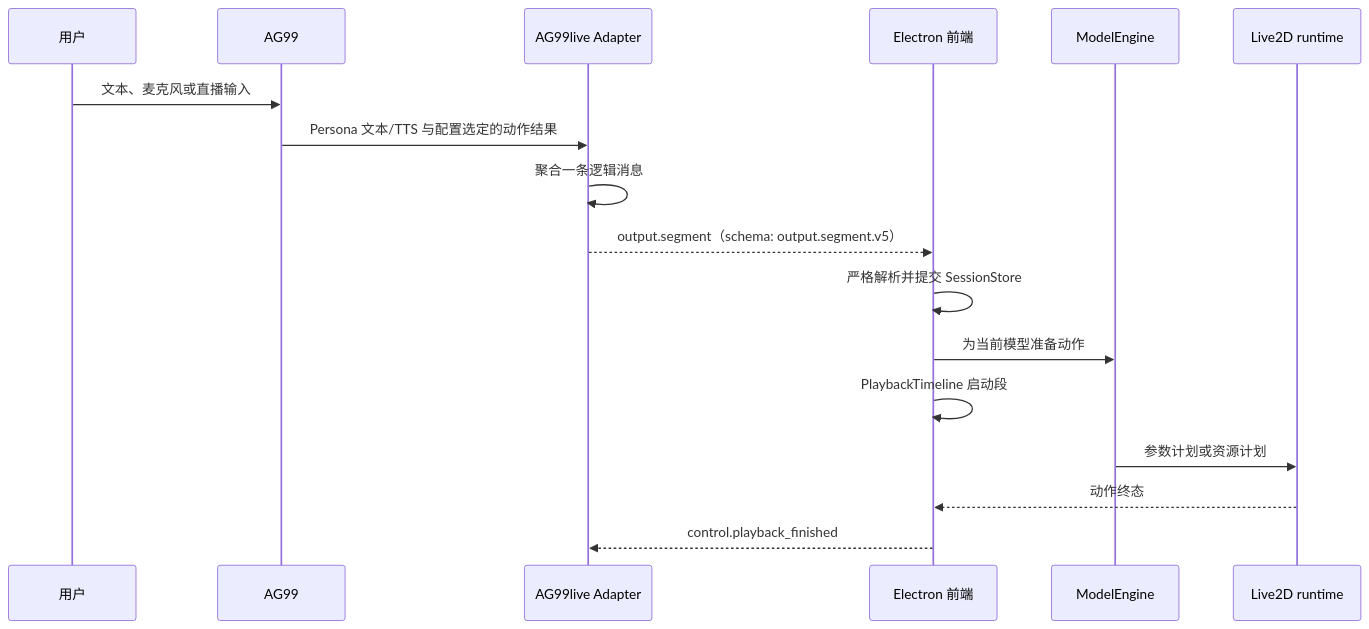
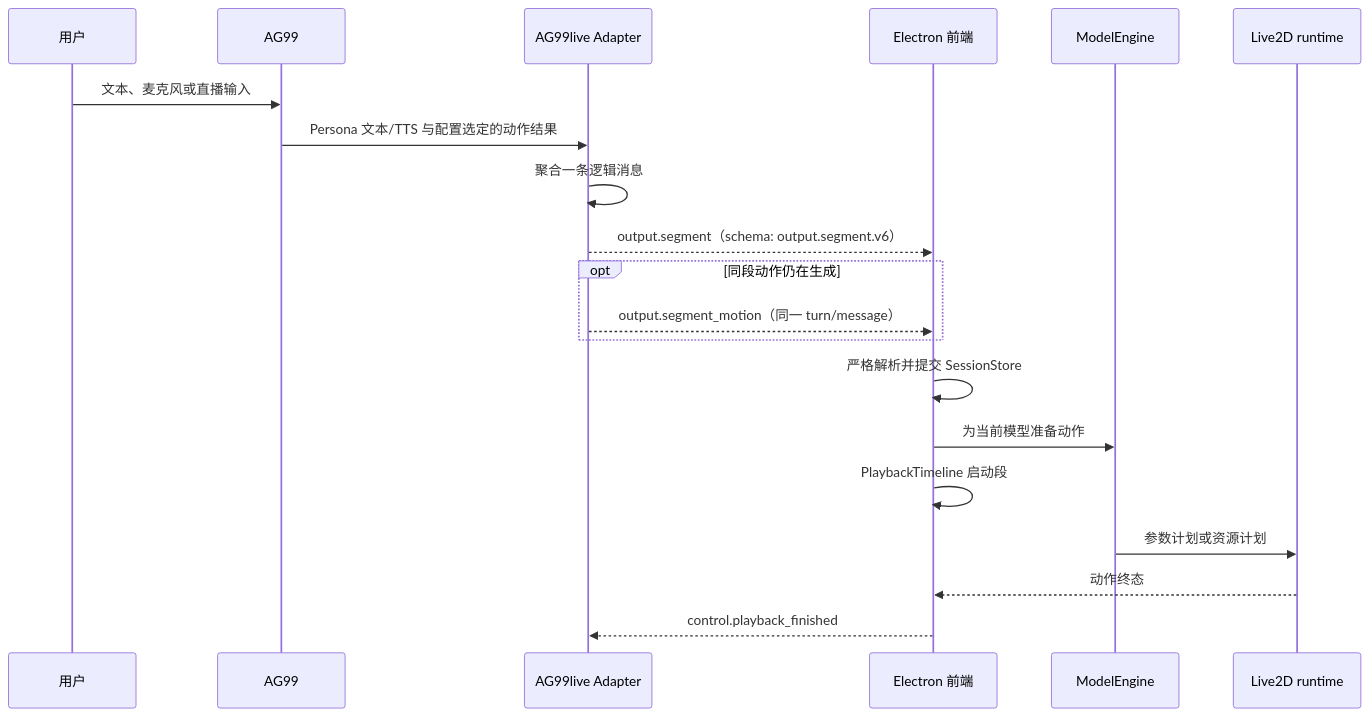
The diagram in docs/01-架构与结构/03-前后端动作链路结构.md (murphys7017/AG99live), drawn with Mermaid before and after one commit. The commit also changed other lines of this file and 13 other files, not shown here.

Commit message:
docs: refresh AG99live architecture and streaming docs

````diff
--- a/docs/01-架构与结构/03-前后端动作链路结构.md
+++ b/docs/01-架构与结构/03-前后端动作链路结构.md
@@ -5,20 +5,23 @@
 ```mermaid
 sequenceDiagram
     participant U as 用户
     participant A as AG99
     participant P as AG99live Adapter
     participant F as Electron 前端
     participant M as ModelEngine
     participant L as Live2D runtime
 
     U->>A: 文本、麦克风或直播输入
     A->>P: Persona 文本/TTS 与配置选定的动作结果
     P->>P: 聚合一条逻辑消息
-    P-->>F: output.segment（schema: output.segment.v5）
+    P-->>F: output.segment（schema: output.segment.v6）
+    opt 同段动作仍在生成
+        P-->>F: output.segment_motion（同一 turn/message）
+    end
     F->>F: 严格解析并提交 SessionStore
     F->>M: 为当前模型准备动作
     F->>F: PlaybackTimeline 启动段
     M->>L: 参数计划或资源计划
     L-->>F: 动作终态
     F-->>P: control.playback_finished
 ```
````
